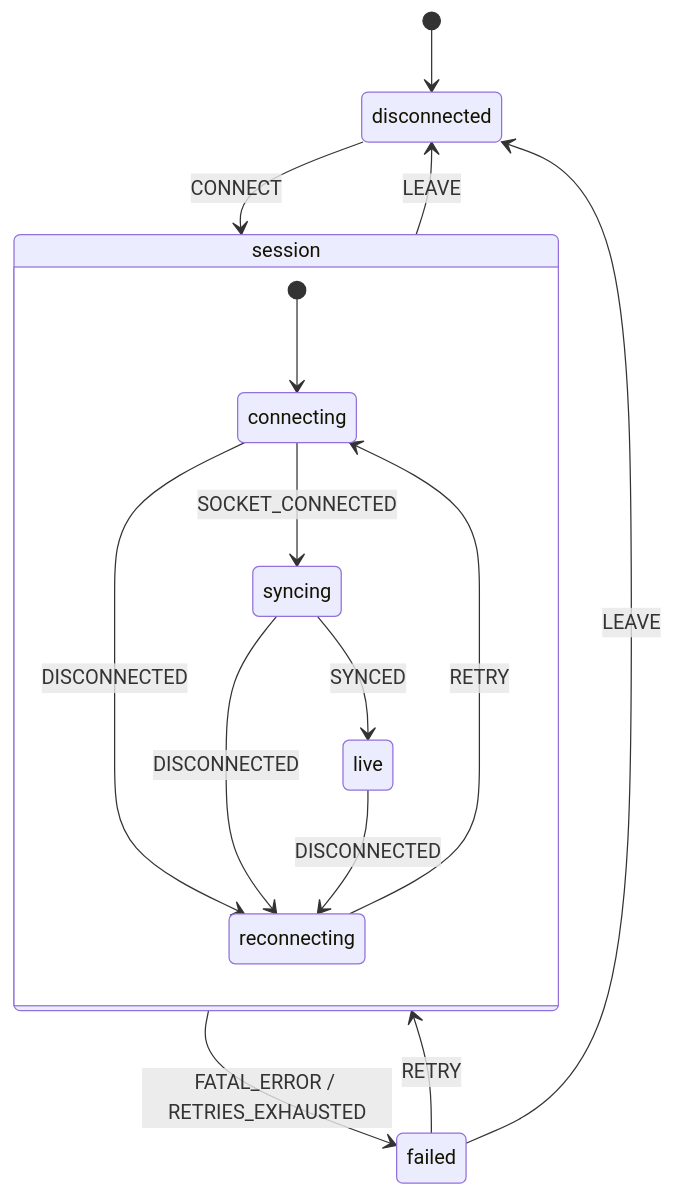
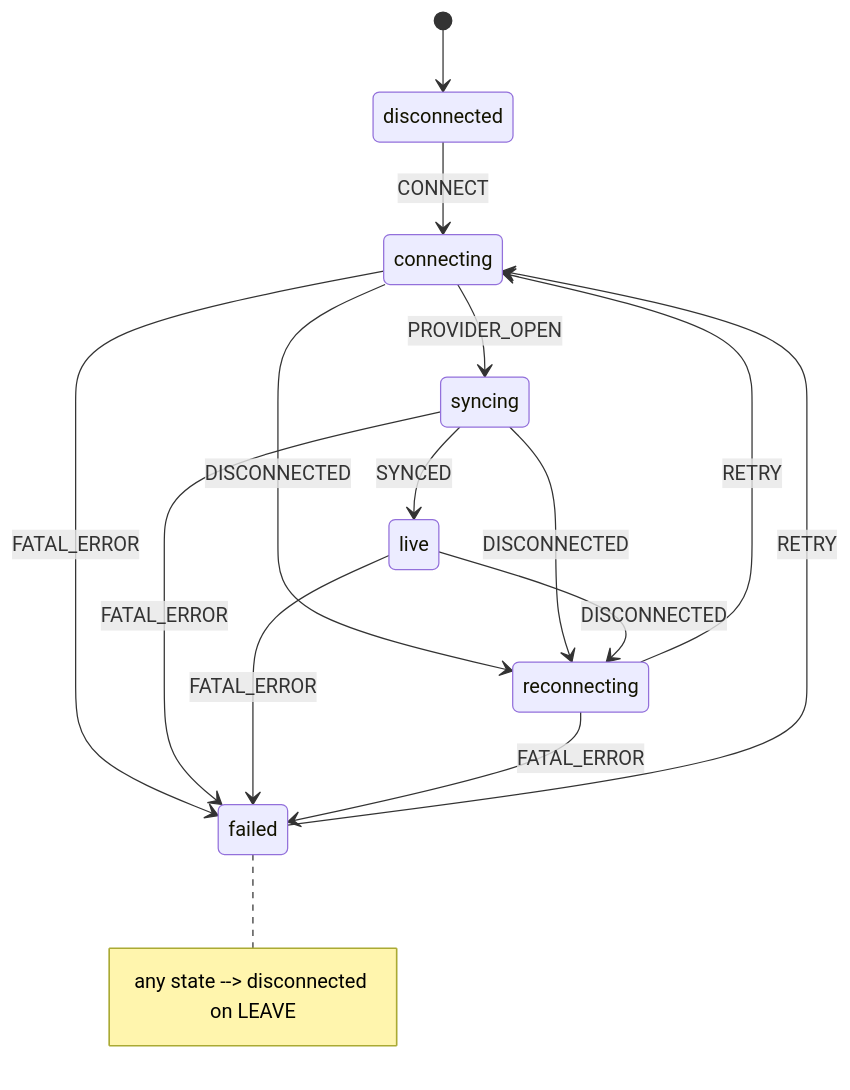
One commit to channyeintun/next-editor changed the second of 2 diagrams in docs/live-collaboration.md. Above: the diagram before and after it, drawn with Mermaid. The commit also changed other lines of this file and 1 other file, not shown here.

````diff
--- a/docs/live-collaboration.md
+++ b/docs/live-collaboration.md
@@ -257,20 +259,17 @@
 ```mermaid
 stateDiagram-v2
     [*] --> disconnected
-    disconnected --> session : CONNECT
-
-    state session {
-        [*] --> connecting
-        connecting --> syncing : SOCKET_CONNECTED
-        connecting --> reconnecting : DISCONNECTED
-        syncing --> live : SYNCED
-        syncing --> reconnecting : DISCONNECTED
-        live --> reconnecting : DISCONNECTED
-        reconnecting --> connecting : RETRY
-    }
-
-    session --> disconnected : LEAVE
-    session --> failed : FATAL_ERROR / RETRIES_EXHAUSTED
-    failed --> session : RETRY
-    failed --> disconnected : LEAVE
+    disconnected --> connecting : CONNECT
+    connecting --> syncing : PROVIDER_OPEN
+    connecting --> reconnecting : DISCONNECTED
+    syncing --> live : SYNCED
+    syncing --> reconnecting : DISCONNECTED
+    live --> reconnecting : DISCONNECTED
+    reconnecting --> connecting : RETRY
+    connecting --> failed : FATAL_ERROR
+    syncing --> failed : FATAL_ERROR
+    live --> failed : FATAL_ERROR
+    reconnecting --> failed : FATAL_ERROR
+    failed --> connecting : RETRY
+    note right of failed : any state --> disconnected on LEAVE
 ```
````
